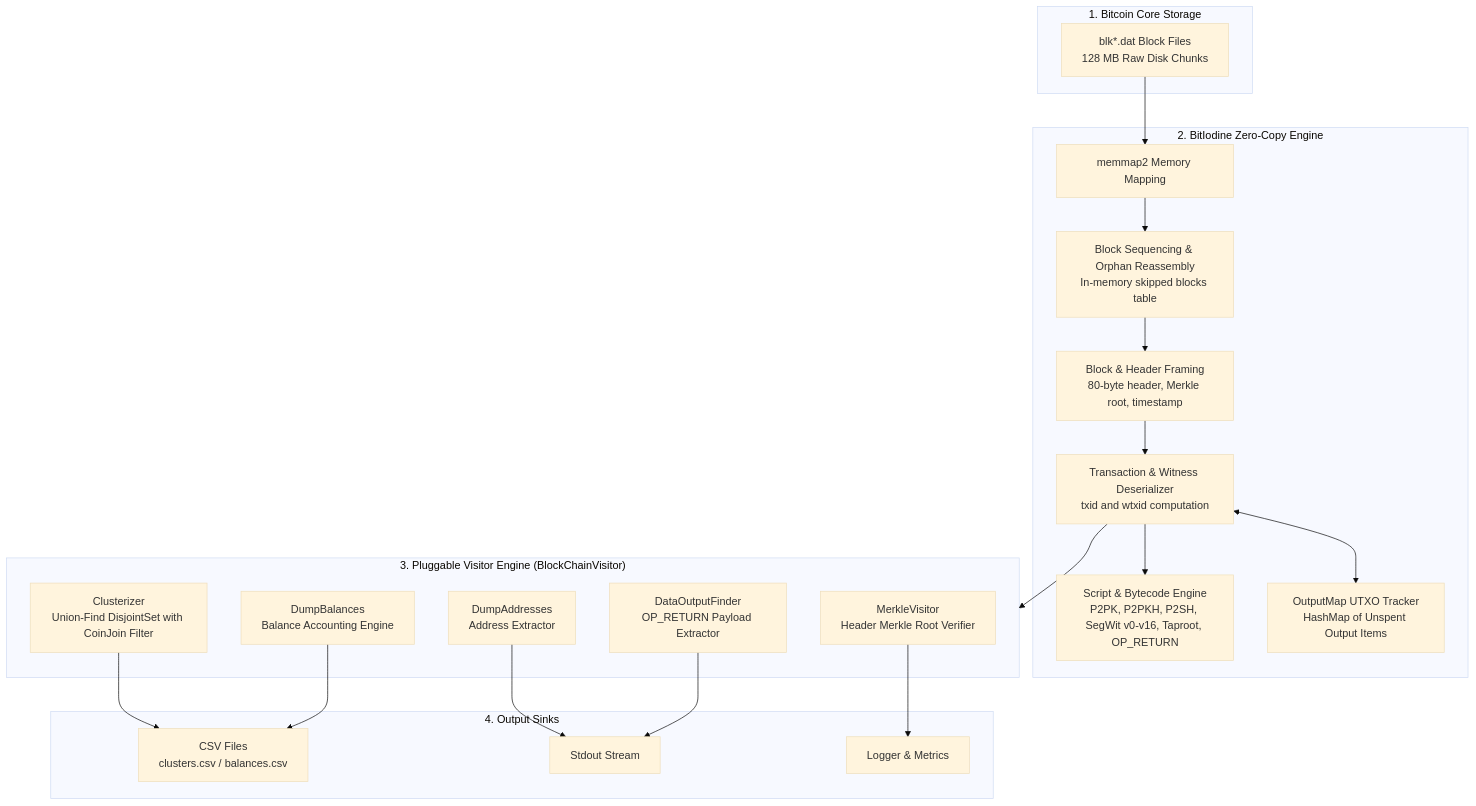
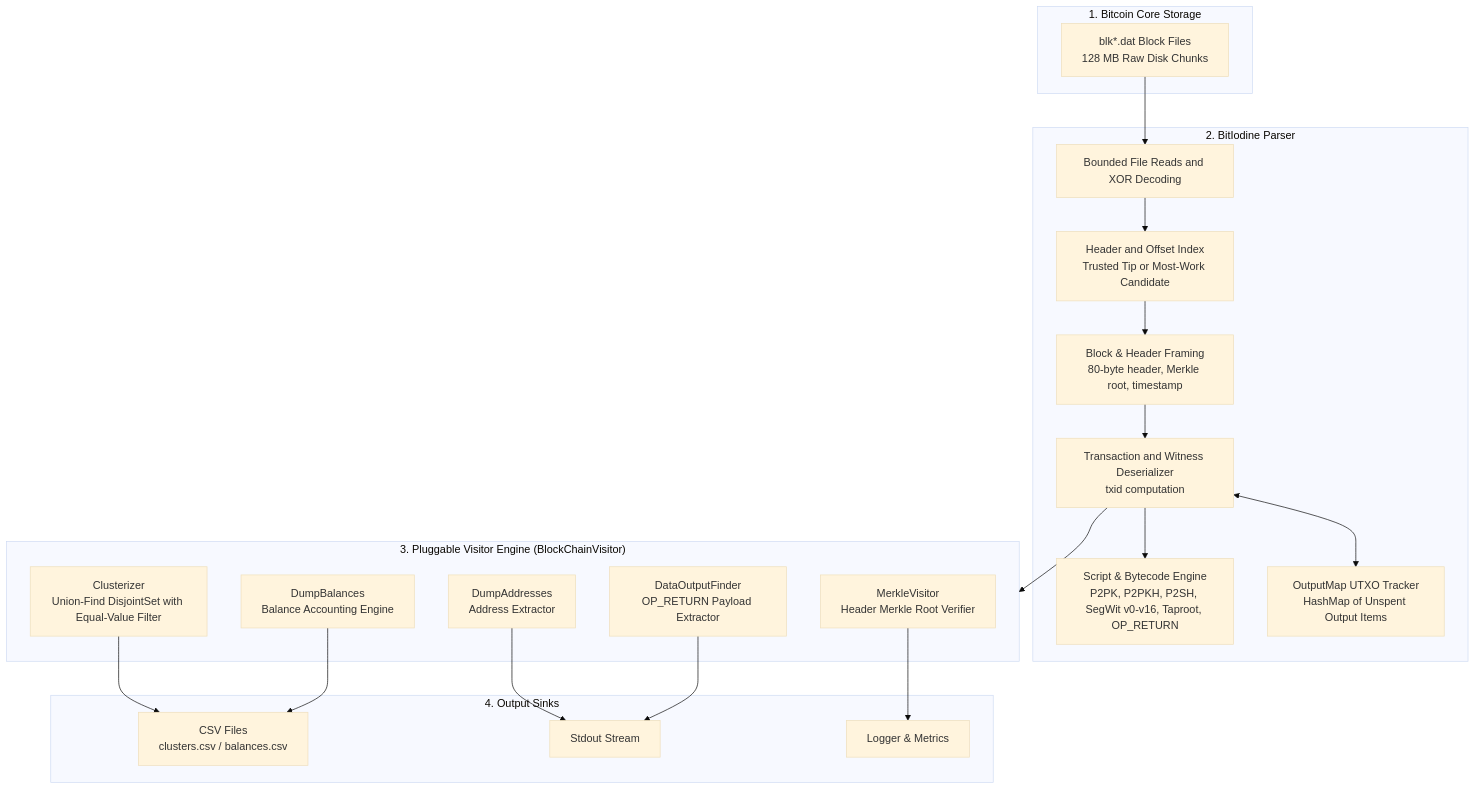
One commit to mikispag/bitiodine changed the first of 3 diagrams in README.md. Above: the diagram before and after it, drawn with Mermaid (base theme). The commit also changed other lines of this file and 28 other files, not shown here.

````diff
--- a/README.md
+++ b/README.md
@@ -125,43 +128,43 @@
 ```mermaid
 flowchart TD
     subgraph Storage["1. Bitcoin Core Storage"]
         BLK["blk*.dat Block Files<br/>128 MB Raw Disk Chunks"]
     end
 
-    subgraph Core["2. BitIodine Zero-Copy Engine"]
-        MMAP["memmap2 Memory Mapping"]
-        SEQ["Block Sequencing & Orphan Reassembly<br/>In-memory skipped blocks table"]
+    subgraph Core["2. BitIodine Parser"]
+        READ["Bounded File Reads and XOR Decoding"]
+        SEQ["Header and Offset Index<br/>Trusted Tip or Most-Work Candidate"]
         FRAMER["Block & Header Framing<br/>80-byte header, Merkle root, timestamp"]
-        TXP["Transaction & Witness Deserializer<br/>txid and wtxid computation"]
+        TXP["Transaction and Witness Deserializer<br/>txid computation"]
         SCRIPT["Script & Bytecode Engine<br/>P2PK, P2PKH, P2SH, SegWit v0-v16, Taproot, OP_RETURN"]
         UTXO["OutputMap UTXO Tracker<br/>HashMap of Unspent Output Items"]
     end
 
     subgraph Visitors["3. Pluggable Visitor Engine (BlockChainVisitor)"]
-        CLUST["Clusterizer<br/>Union-Find DisjointSet with CoinJoin Filter"]
+        CLUST["Clusterizer<br/>Union-Find DisjointSet with Equal-Value Filter"]
         BAL["DumpBalances<br/>Balance Accounting Engine"]
         ADDR["DumpAddresses<br/>Address Extractor"]
         MERK["MerkleVisitor<br/>Header Merkle Root Verifier"]
         DATA["DataOutputFinder<br/>OP_RETURN Payload Extractor"]
     end
 
     subgraph Sinks["4. Output Sinks"]
         CSV["CSV Files<br/>clusters.csv / balances.csv"]
         STDOUT["Stdout Stream"]
         LOGS["Logger & Metrics"]
     end
 
-    BLK --> MMAP
-    MMAP --> SEQ
+    BLK --> READ
+    READ --> SEQ
     SEQ --> FRAMER
     FRAMER --> TXP
     TXP --> SCRIPT
     TXP <--> UTXO
     TXP --> Visitors
 
     CLUST --> CSV
     BAL --> CSV
     ADDR --> STDOUT
     MERK --> LOGS
     DATA --> STDOUT
 ```
````
